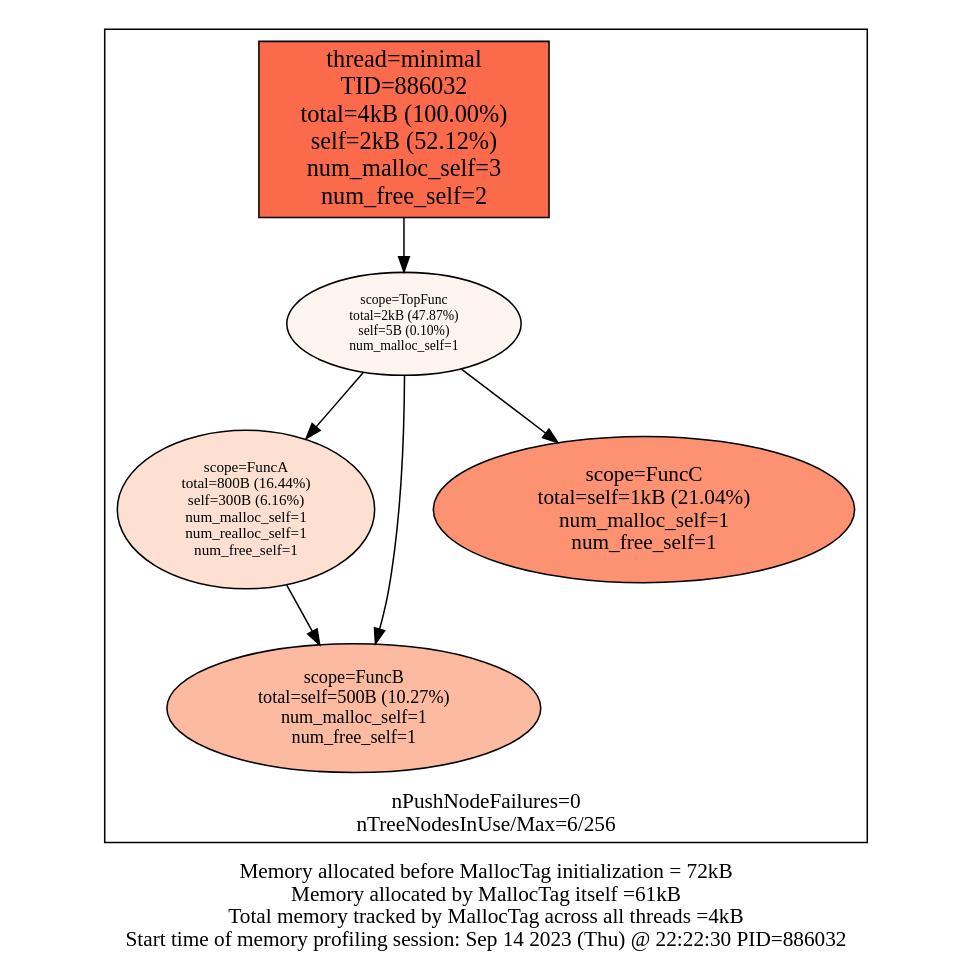
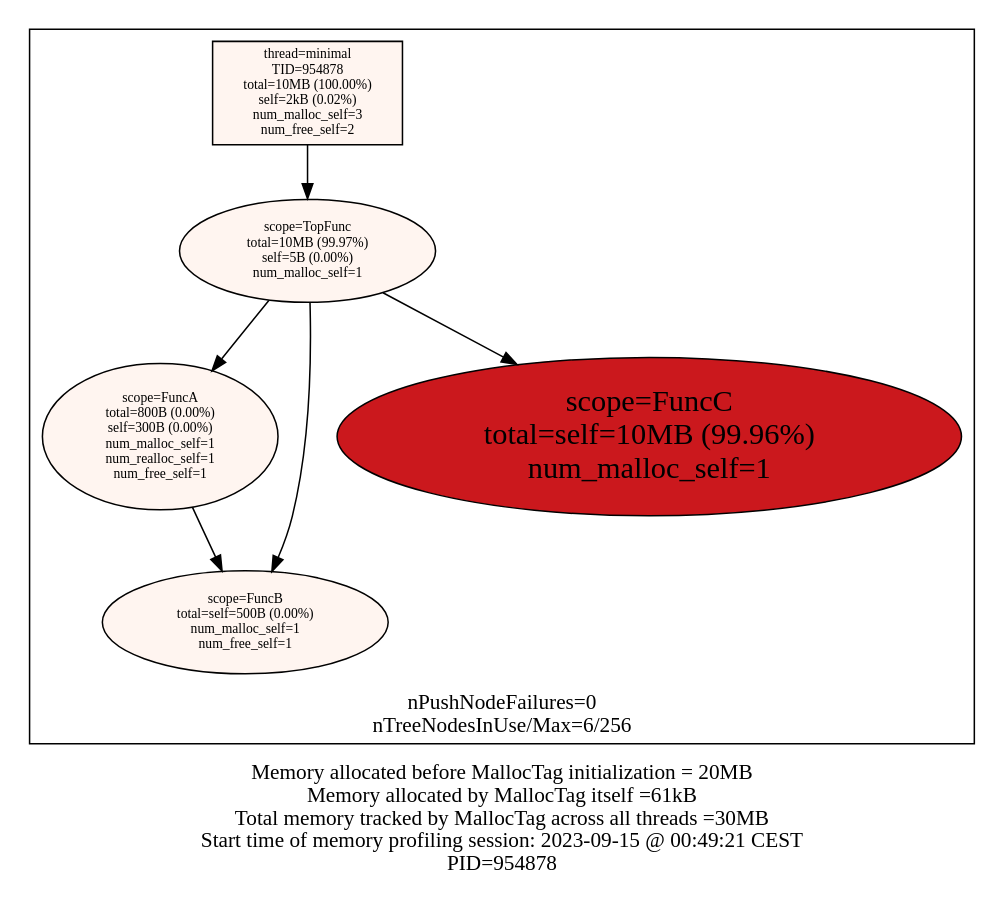
One commit to f18m/malloc-tag changed the diagram in examples/minimal/minimal_stats.dot. Above: the diagram before and after it, drawn with Graphviz. The commit also changed 9 other files, not shown here.

Commit message:
Since for small programs the VmSize can be dominated by dynamic linker mmap() operations, do take a snapshot of VmSize at MallocTagEngine::init() time

```diff
--- a/examples/minimal/minimal_stats.dot
+++ b/examples/minimal/minimal_stats.dot
@@ -1,22 +1,22 @@
 digraph MallocTree {
  node [colorscheme=reds9 style=filled]
- subgraph cluster_TID886032 {
+ subgraph cluster_TID954878 {
   node [colorscheme=reds9 style=filled]
   labelloc="b"
   label="nPushNodeFailures=0\nnTreeNodesInUse/Max=6/256\n"
-  "886032_minimal" [label="thread=minimal\nTID=886032\ntotal=4kB (100.00%)\nself=2kB (52.12%)\nnum_malloc_self=3\nnum_free_self=2" shape=box fillcolor=5 fontsize=16]
-  "886032_minimal" -> "886032_TopFunc"
-  "886032_TopFunc" [label="scope=TopFunc\ntotal=2kB (47.87%)\nself=5B (0.10%)\nnum_malloc_self=1" fillcolor=1 fontsize=9]
-  "886032_TopFunc" -> "886032_FuncA"
-  "886032_TopFunc" -> "886032_FuncB"
-  "886032_TopFunc" -> "886032_FuncC"
-  "886032_FuncA" [label="scope=FuncA\ntotal=800B (16.44%)\nself=300B (6.16%)\nnum_malloc_self=1\nnum_realloc_self=1\nnum_free_self=1" fillcolor=2 fontsize=10]
-  "886032_FuncA" -> "886032_FuncB"
-  "886032_FuncB" [label="scope=FuncB\ntotal=self=500B (10.27%)\nnum_malloc_self=1\nnum_free_self=1" fillcolor=3 fontsize=12]
-  "886032_FuncB" [label="scope=FuncB\ntotal=self=500B (10.27%)\nnum_malloc_self=1\nnum_free_self=1" fillcolor=3 fontsize=12]
-  "886032_FuncC" [label="scope=FuncC\ntotal=self=1kB (21.04%)\nnum_malloc_self=1\nnum_free_self=1" fillcolor=4 fontsize=14]
+  "954878_minimal" [label="thread=minimal\nTID=954878\ntotal=10MB (100.00%)\nself=2kB (0.02%)\nnum_malloc_self=3\nnum_free_self=2" shape=box fillcolor=1 fontsize=9]
+  "954878_minimal" -> "954878_TopFunc"
+  "954878_TopFunc" [label="scope=TopFunc\ntotal=10MB (99.97%)\nself=5B (0.00%)\nnum_malloc_self=1" fillcolor=1 fontsize=9]
+  "954878_TopFunc" -> "954878_FuncA"
+  "954878_TopFunc" -> "954878_FuncB"
+  "954878_TopFunc" -> "954878_FuncC"
+  "954878_FuncA" [label="scope=FuncA\ntotal=800B (0.00%)\nself=300B (0.00%)\nnum_malloc_self=1\nnum_realloc_self=1\nnum_free_self=1" fillcolor=1 fontsize=9]
+  "954878_FuncA" -> "954878_FuncB"
+  "954878_FuncB" [label="scope=FuncB\ntotal=self=500B (0.00%)\nnum_malloc_self=1\nnum_free_self=1" fillcolor=1 fontsize=9]
+  "954878_FuncB" [label="scope=FuncB\ntotal=self=500B (0.00%)\nnum_malloc_self=1\nnum_free_self=1" fillcolor=1 fontsize=9]
+  "954878_FuncC" [label="scope=FuncC\ntotal=self=10MB (99.96%)\nnum_malloc_self=1" fillcolor=7 fontsize=20]
  }
 
  labelloc="b"
- label="Memory allocated before MallocTag initialization = 72kB\nMemory allocated by MallocTag itself =61kB\nTotal memory tracked by MallocTag across all threads =4kB\nStart time of memory profiling session: Sep 14 2023 (Thu) @ 22:22:30 PID=886032\n"
+ label="Memory allocated before MallocTag initialization = 20MB\nMemory allocated by MallocTag itself =61kB\nTotal memory tracked by MallocTag across all threads =30MB\nStart time of memory profiling session: 2023-09-15 @ 00:49:21 CEST\nPID=954878\n"
 }
```
